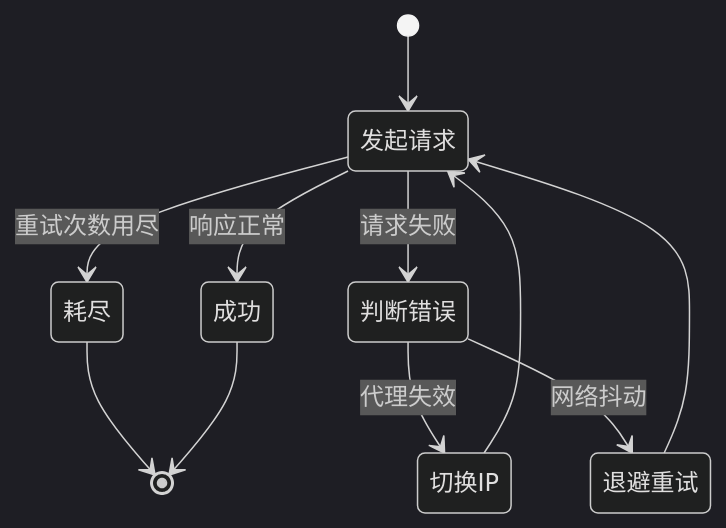
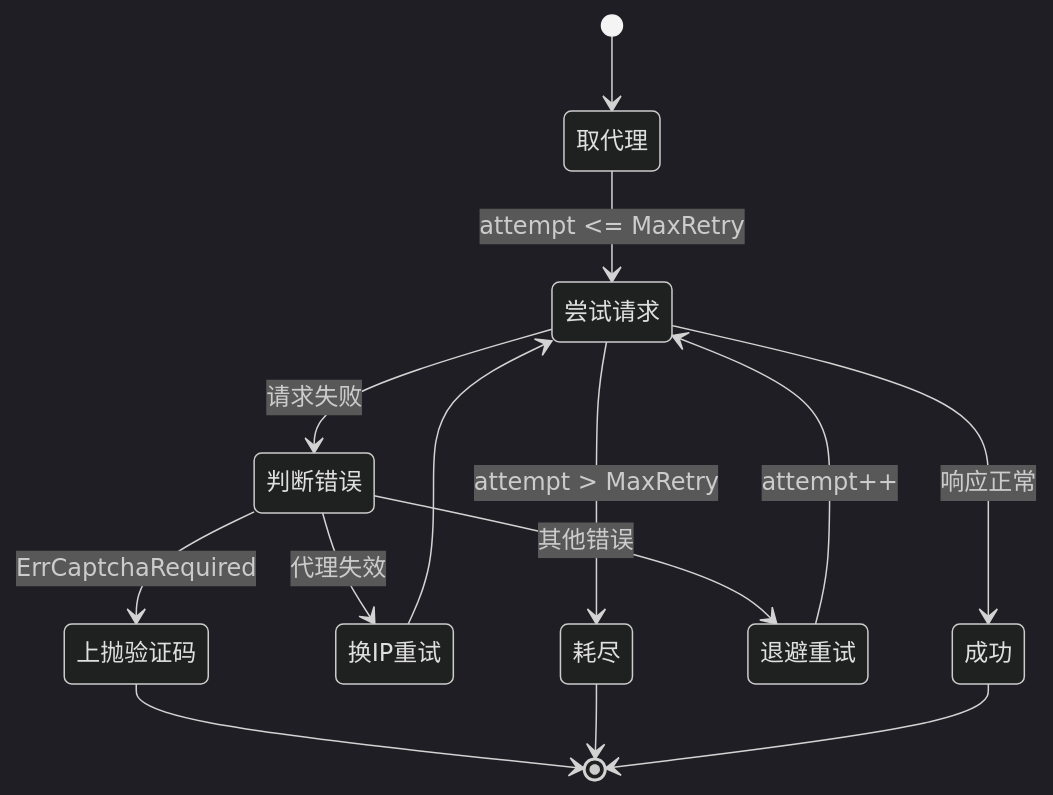
One commit to scagogogo/cnvd-skills changed the first of 2 diagrams in website/docs/guide/proxy-retry.md. Above: the diagram before and after it, drawn with Mermaid (dark theme). The commit also changed other lines of this file and 14 other files, not shown here.

Commit message:
docs(website): fill 15 guide pages with mermaid diagrams and runnable examples

````diff
--- a/website/docs/guide/proxy-retry.md
+++ b/website/docs/guide/proxy-retry.md
@@ -13,13 +37,16 @@
 ```mermaid
 stateDiagram-v2
-    [*] --> 发起请求
-    发起请求 --> 成功: 响应正常
-    发起请求 --> 判断错误: 请求失败
-    判断错误 --> 切换IP: 代理失效
-    判断错误 --> 退避重试: 网络抖动
-    切换IP --> 发起请求
-    退避重试 --> 发起请求
-    发起请求 --> 耗尽: 重试次数用尽
+    [*] --> 取代理
+    取代理 --> 尝试请求: attempt <= MaxRetry
+    尝试请求 --> 成功: 响应正常
+    尝试请求 --> 判断错误: 请求失败
+    判断错误 --> 换IP重试: 代理失效
+    判断错误 --> 上抛验证码: ErrCaptchaRequired
+    判断错误 --> 退避重试: 其他错误
+    换IP重试 --> 尝试请求
+    上抛验证码 --> [*]
+    退避重试 --> 尝试请求: attempt++
+    尝试请求 --> 耗尽: attempt > MaxRetry
     耗尽 --> [*]
     成功 --> [*]
 ```
````
